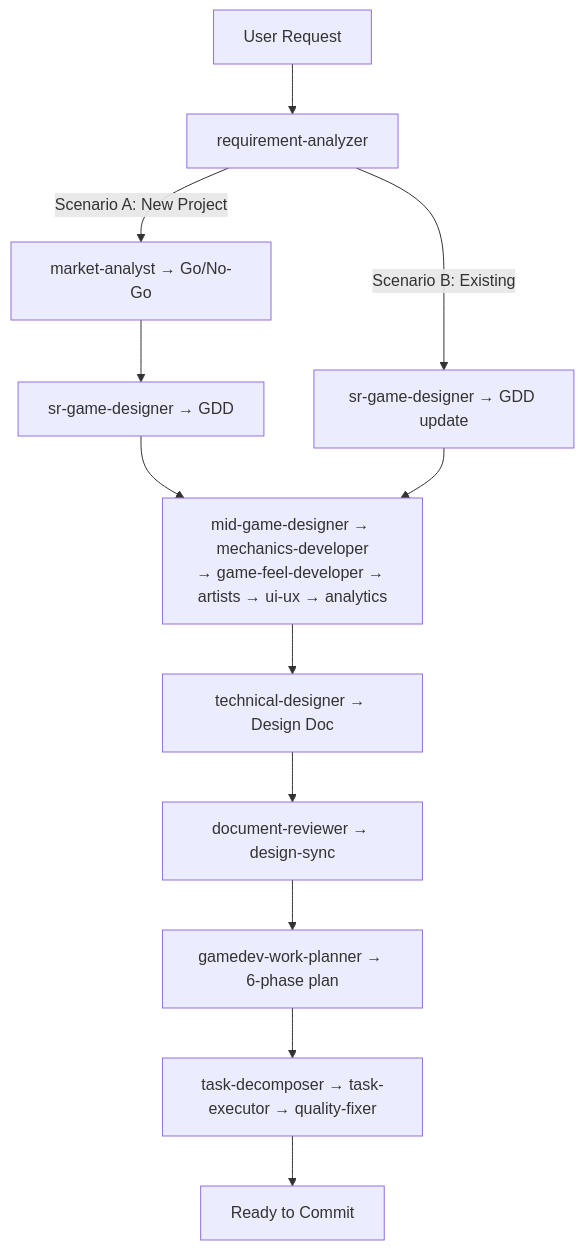
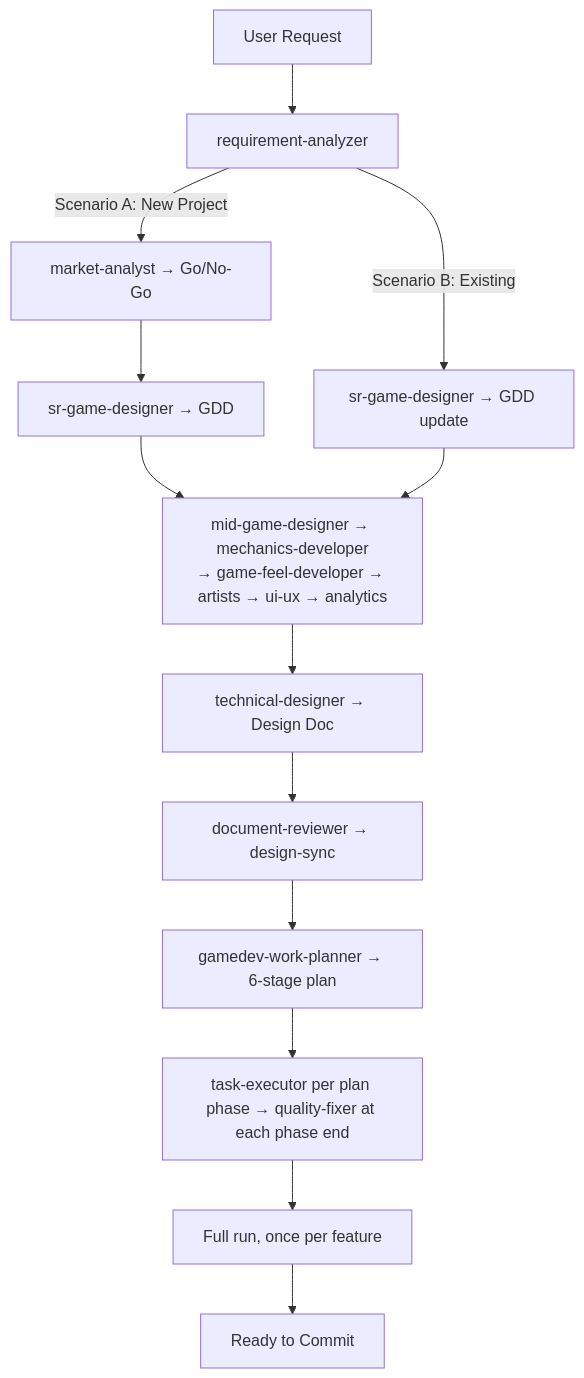
The fifth of 5 diagrams in docs/overture/workflows.md (tundraray/overture), drawn with Mermaid before and after one commit. The commit also changed other lines of this file and 193 other files, not shown here.

````diff
--- a/docs/overture/workflows.md
+++ b/docs/overture/workflows.md
@@ -200,14 +201,15 @@
 ```mermaid
 graph TB
     A[User Request] --> B[requirement-analyzer]
     B --> |Scenario A: New Project| MA[market-analyst → Go/No-Go]
     B --> |Scenario B: Existing| SGD2[sr-game-designer → GDD update]
     MA --> SGD[sr-game-designer → GDD]
     SGD --> GAME[mid-game-designer → mechanics-developer<br/>→ game-feel-developer → artists → ui-ux → analytics]
     SGD2 --> GAME
     GAME --> TD[technical-designer → Design Doc]
     TD --> DR[document-reviewer → design-sync]
-    DR --> WP[gamedev-work-planner → 6-phase plan]
-    WP --> AUTO[task-decomposer → task-executor → quality-fixer]
-    AUTO --> DONE[Ready to Commit]
+    DR --> WP[gamedev-work-planner → 6-stage plan]
+    WP --> AUTO[task-executor per plan phase → quality-fixer at each phase end]
+    AUTO --> FULL[Full run, once per feature]
+    FULL --> DONE[Ready to Commit]
 ```
````
